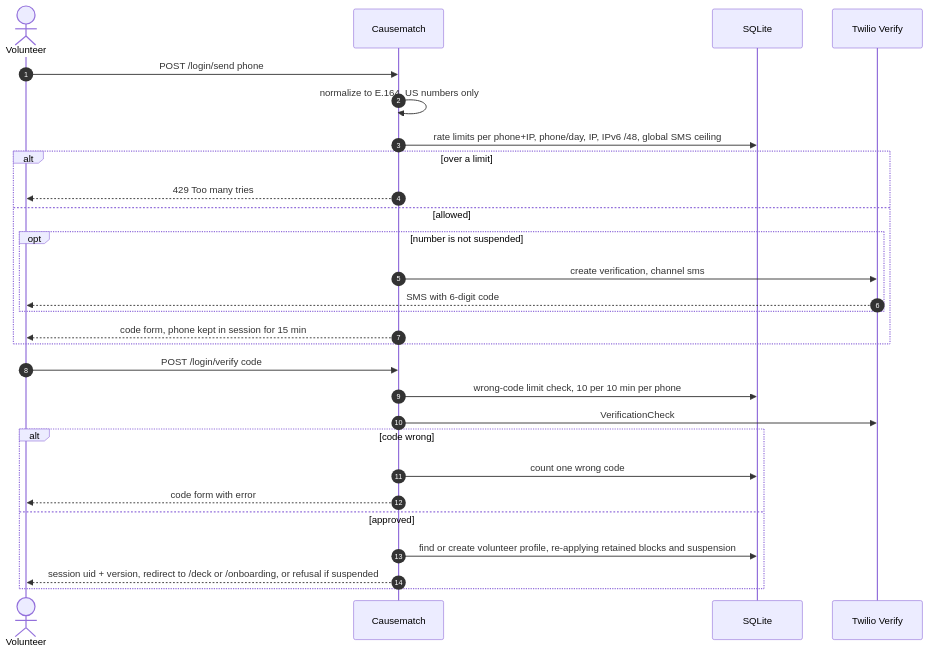
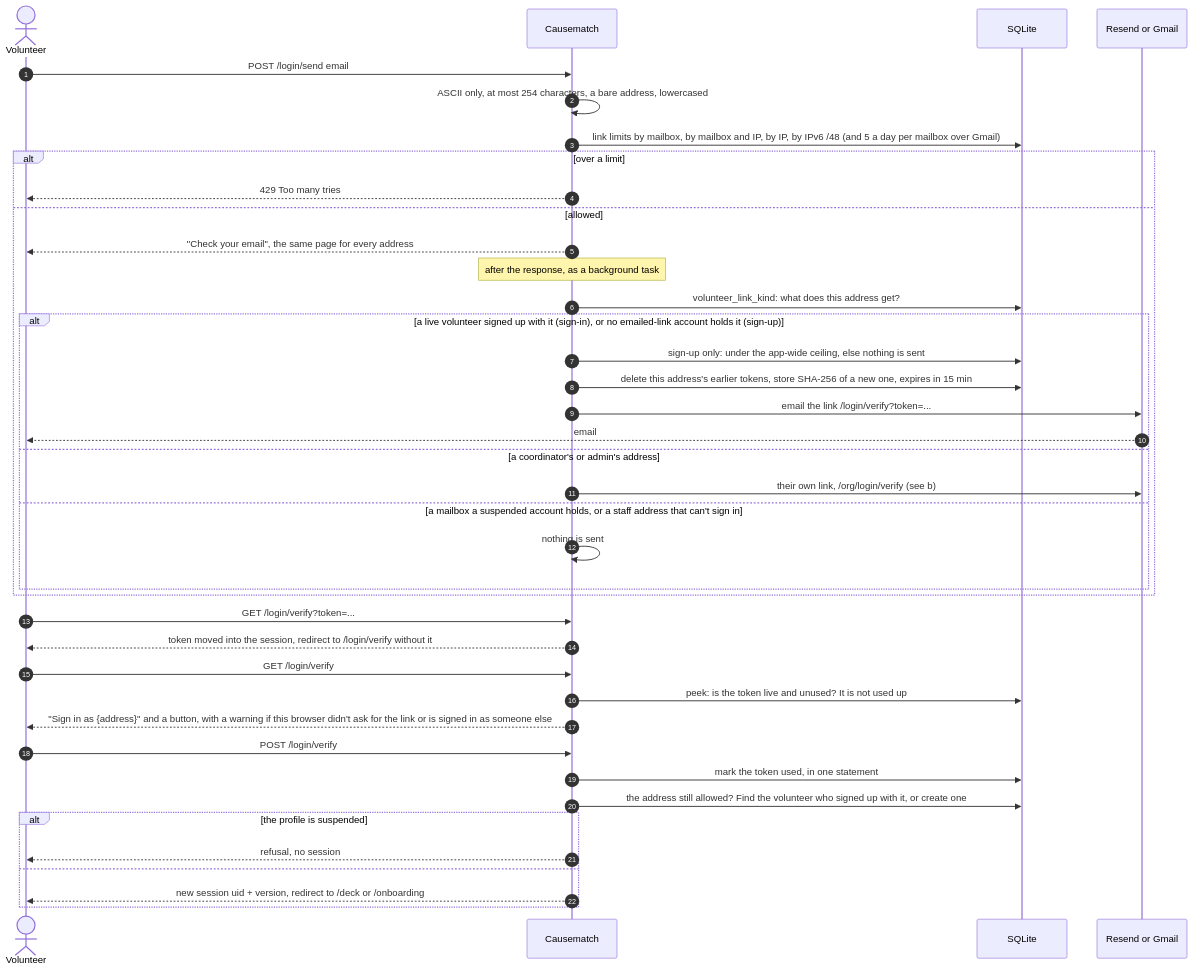
Before and after one commit to slegroux/causematch: diagram 15 of 26 in docs/ARCHITECTURE.md, drawn with Mermaid. The commit also changed other lines of this file, not shown here.

First line of the commit message:
Architecture doc: a C4 tour on top, the reference below, up to date with main through #40 (#21)

````diff
--- a/docs/ARCHITECTURE.md
+++ b/docs/ARCHITECTURE.md
@@ -528,31 +951,42 @@
 ```mermaid
 sequenceDiagram
     autonumber
     actor V as Volunteer
     participant A as Causematch
     participant DB as SQLite
-    participant TV as Twilio Verify
+    participant E as Resend or Gmail
 
-    V->>A: POST /login/send phone
-    A->>A: normalize to E.164, US numbers only
-    A->>DB: rate limits per phone+IP, phone/day, IP, IPv6 /48, global SMS ceiling
+    V->>A: POST /login/send email
+    A->>A: ASCII only, at most 254 characters, a bare address, lowercased
+    A->>DB: link limits by mailbox, by mailbox and IP, by IP, by IPv6 /48 (and 5 a day per mailbox over Gmail)
     alt over a limit
         A-->>V: 429 Too many tries
     else allowed
-        opt number is not suspended
-            A->>TV: create verification, channel sms
-            TV-->>V: SMS with 6-digit code
+        A-->>V: "Check your email", the same page for every address
+        Note over A: after the response, as a background task
+        A->>DB: volunteer_link_kind: what does this address get?
+        alt a live volunteer signed up with it (sign-in), or no emailed-link account holds it (sign-up)
+            A->>DB: sign-up only: under the app-wide ceiling, else nothing is sent
+            A->>DB: delete this address's earlier tokens, store SHA-256 of a new one, expires in 15 min
+            A->>E: email the link /login/verify?token=...
+            E-->>V: email
+        else a coordinator's or admin's address
+            A->>E: their own link, /org/login/verify (see b)
+        else a mailbox a suspended account holds, or a staff address that can't sign in
+            A->>A: nothing is sent
         end
-        A-->>V: code form, phone kept in session for 15 min
     end
-    V->>A: POST /login/verify code
-    A->>DB: wrong-code limit check, 10 per 10 min per phone
-    A->>TV: VerificationCheck
-    alt code wrong
-        A->>DB: count one wrong code
-        A-->>V: code form with error
-    else approved
-        A->>DB: find or create volunteer profile, re-applying retained blocks and suspension
-        A-->>V: session uid + version, redirect to /deck or /onboarding, or refusal if suspended
+    V->>A: GET /login/verify?token=...
+    A-->>V: token moved into the session, redirect to /login/verify without it
+    V->>A: GET /login/verify
+    A->>DB: peek: is the token live and unused? It is not used up
+    A-->>V: "Sign in as {address}" and a button, with a warning if this browser didn't ask for the link or is signed in as someone else
+    V->>A: POST /login/verify
+    A->>DB: mark the token used, in one statement
+    A->>DB: the address still allowed? Find the volunteer who signed up with it, or create one
+    alt the profile is suspended
+        A-->>V: refusal, no session
+    else
+        A-->>V: new session uid + version, redirect to /deck or /onboarding
     end
 ```
````
